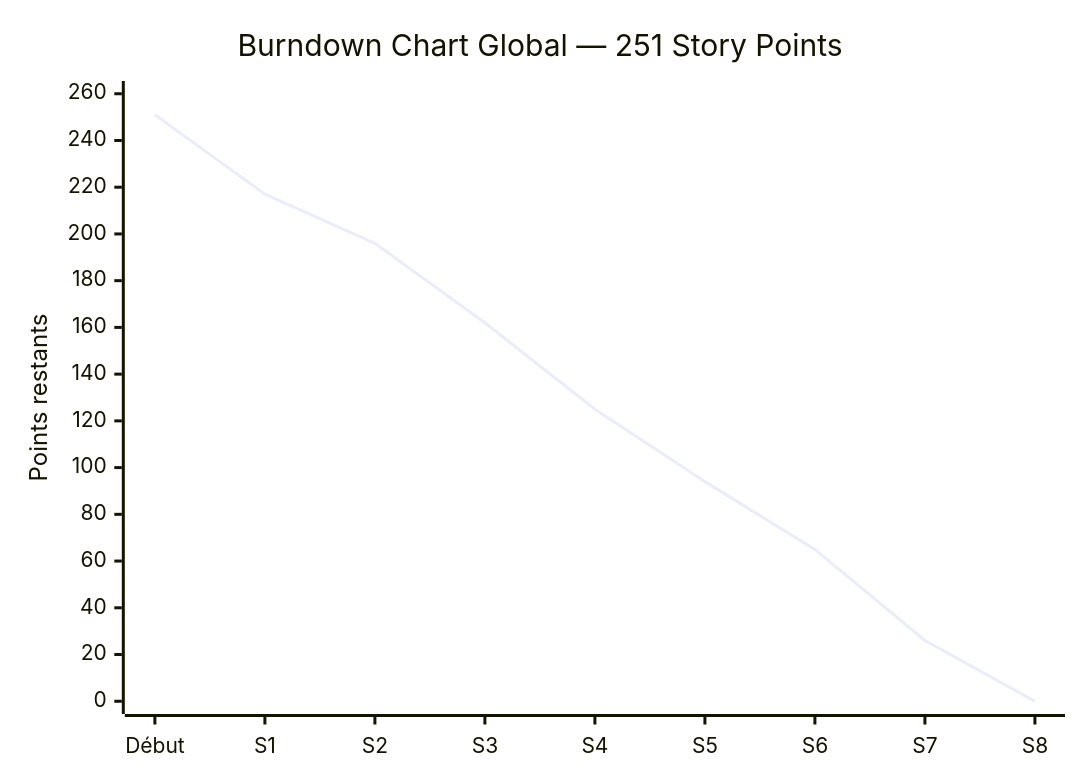
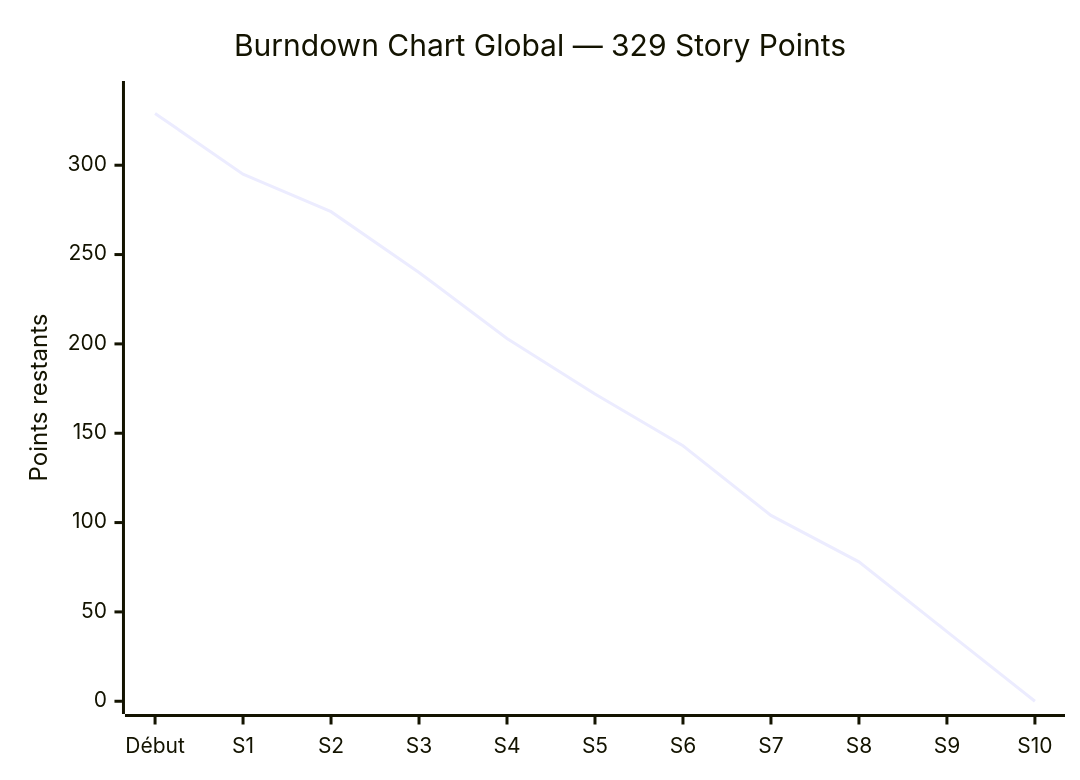
One commit to Boussyf0/MediSense-AI changed the eighth of 21 diagrams in docs/METHODOLOGIE.md. Above: the diagram before and after it, drawn with Mermaid. The commit also changed other lines of this file, not shown here.

````diff
--- a/docs/METHODOLOGIE.md
+++ b/docs/METHODOLOGIE.md
@@ -409,7 +465,7 @@
 ```mermaid
 xychart-beta
-    title "Burndown Chart Global — 251 Story Points"
-    x-axis ["Début", "S1", "S2", "S3", "S4", "S5", "S6", "S7", "S8"]
-    y-axis "Points restants" 0 --> 260
-    line [251, 217, 196, 162, 125, 94, 65, 26, 0]
+    title "Burndown Chart Global — 329 Story Points"
+    x-axis ["Début", "S1", "S2", "S3", "S4", "S5", "S6", "S7", "S8", "S9", "S10"]
+    y-axis "Points restants" 0 --> 340
+    line [329, 295, 274, 240, 203, 172, 143, 104, 78, 39, 0]
 ```
````
